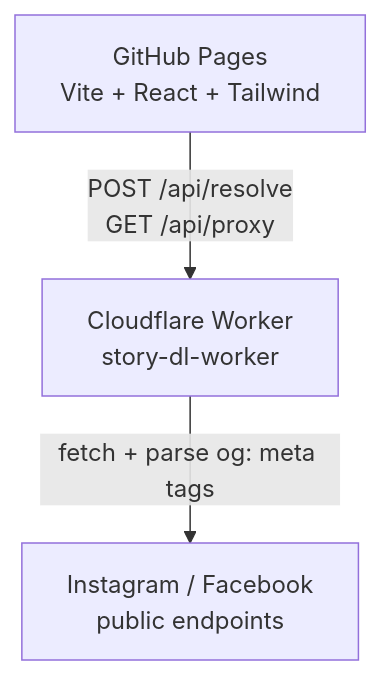
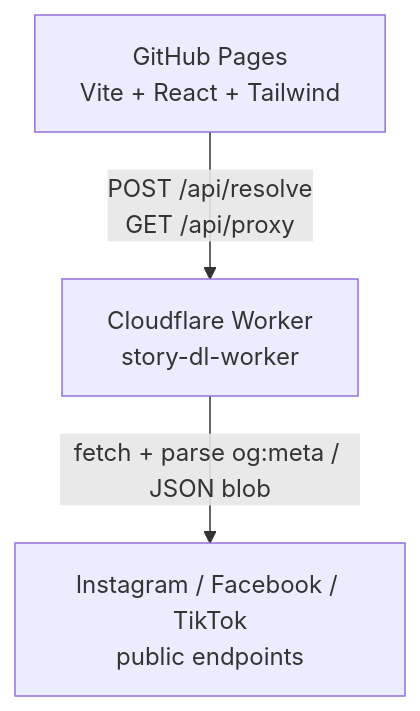
One commit to koniz-dev/story-downloader changed the diagram in README.md. Above: the diagram before and after it, drawn with Mermaid. The commit also changed other lines of this file and 22 other files, not shown here.

````diff
--- a/README.md
+++ b/README.md
@@ -38,5 +42,5 @@
 ```mermaid
 flowchart TD
     A[GitHub Pages<br/>Vite + React + Tailwind] -->|POST /api/resolve<br/>GET /api/proxy| B[Cloudflare Worker<br/>story-dl-worker]
-    B -->|fetch + parse og: meta tags| C[Instagram / Facebook<br/>public endpoints]
+    B -->|fetch + parse og:meta / JSON blob| C[Instagram / Facebook / TikTok<br/>public endpoints]
 ```
````
